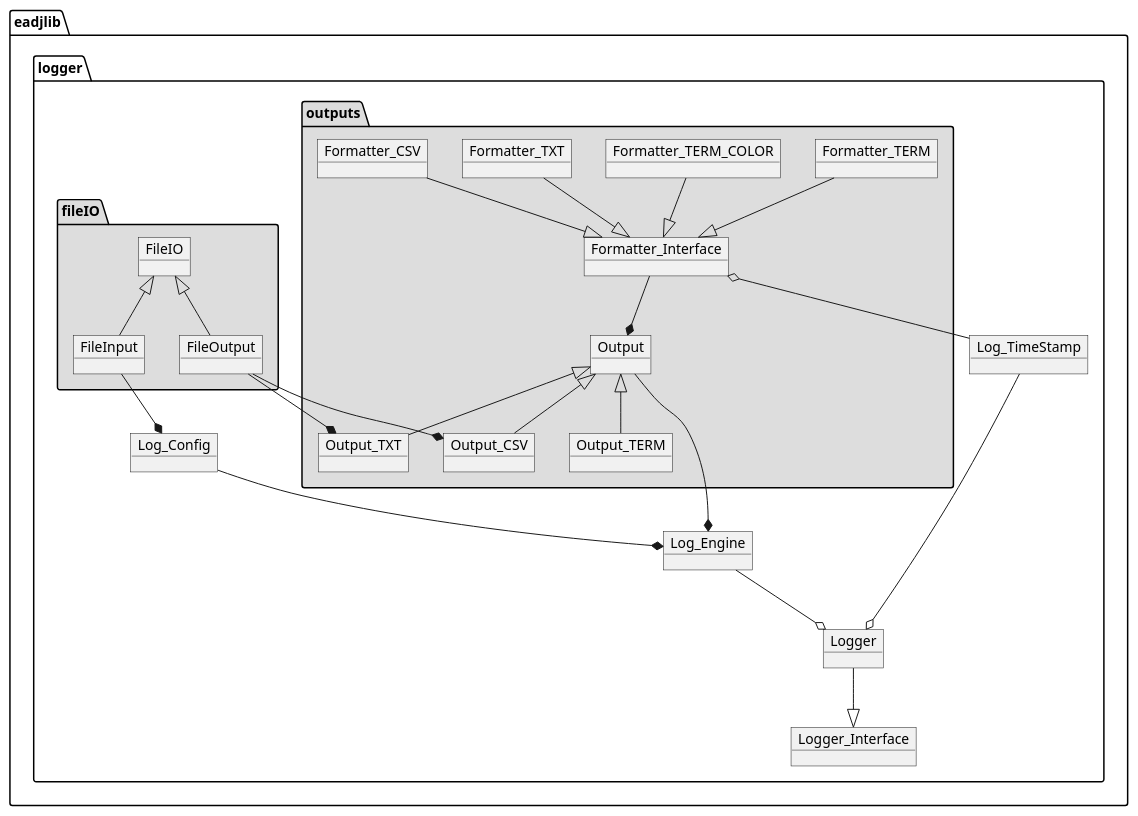
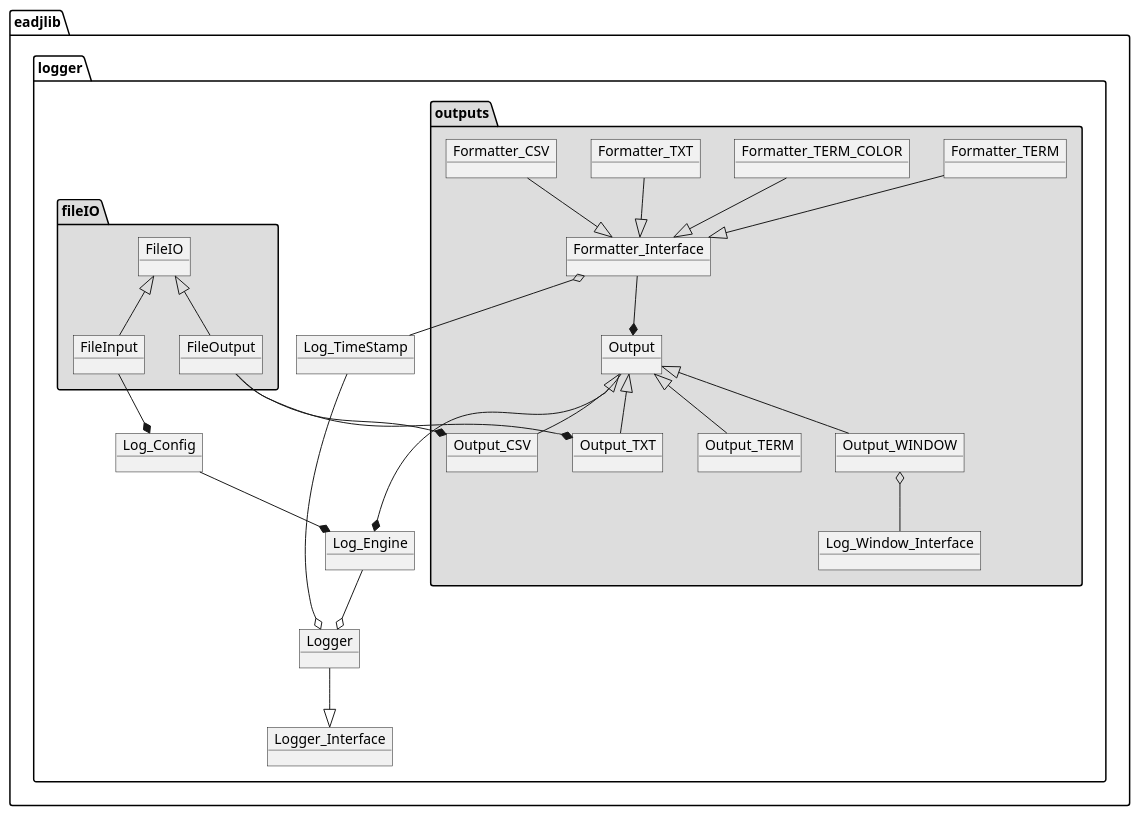
Before and after one commit to An7ar35/eadjlib: the diagram in docs/uml/loggerObjectDiagram.puml, drawn with PlantUML. The commit also changed 1 other file, not shown here.

Commit message:
[UML] Updated object and class diagram to reflect recent changes

```diff
--- a/docs/uml/loggerObjectDiagram.puml
+++ b/docs/uml/loggerObjectDiagram.puml
@@ -1,55 +1,59 @@
 @startuml
 package "eadjlib.logger" #FFFFFF {
 	object Logger_Interface
 	object Logger
 	object Log_Engine
 	object Log_Config
 	object Log_TimeStamp
 	
 	Logger --|> Logger_Interface
 	Log_TimeStamp --o Logger
 	Log_Engine --o Logger
 	Log_Config --* Log_Engine
 	
 	package "eadjlib.logger.outputs" #DDDDDD {
 		object Formatter_Interface
 		object Formatter_TERM
 		object Formatter_TERM_COLOR
 		object Formatter_TXT
 		object Formatter_CSV
 		object Output
 		object Output_TERM
 		object Output_TXT
 		object Output_CSV
+		object Output_WINDOW
+		object Log_Window_Interface
 
 		Formatter_TERM --|> Formatter_Interface
 	    Formatter_TERM_COLOR --|> Formatter_Interface
 		Formatter_TXT --|> Formatter_Interface
 		Formatter_CSV --|> Formatter_Interface
 
 		Formatter_Interface o-- Log_TimeStamp
 		Output --* Log_Engine
 
 		Output <|-- Output_TERM
 		Output <|-- Output_TXT
 		Output <|-- Output_CSV
+		Output <|-- Output_WINDOW
 
+        Output_WINDOW o-- Log_Window_Interface
 		Output *-up- Formatter_Interface
 
 	}
 	
 	package "eadjlib.logger.fileIO" #DDDDDD {
 		object FileIO
 		object FileInput
 		object FileOutput
 		
 		FileIO <|-- FileOutput
 		FileIO <|-- FileInput
 	}
 	
 	FileOutput --* Output_TXT
 	FileOutput --* Output_CSV
 	FileInput --* Log_Config
 }
 
 @enduml
```
